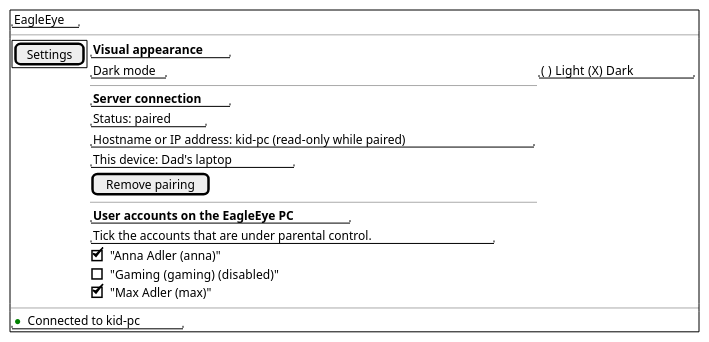
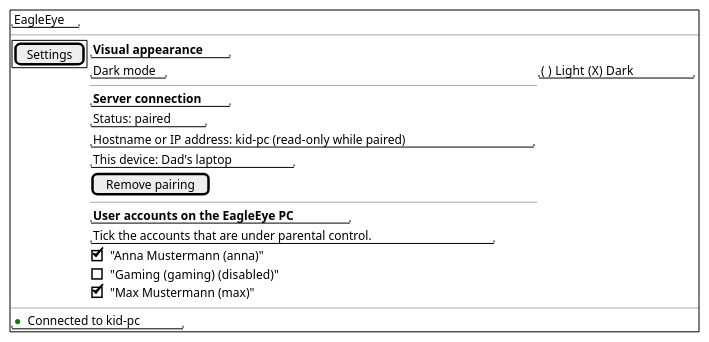
Before and after one commit to adlemich/EagleEye: the first of 3 diagrams in 02_Implementation/docs/requirements/user-stories/US-003/user-story.md, drawn with PlantUML. The commit also changed other lines of this file and 220 other files, not shown here.

````diff
--- a/02_Implementation/docs/requirements/user-stories/US-003/user-story.md
+++ b/02_Implementation/docs/requirements/user-stories/US-003/user-story.md
@@ -117,31 +117,31 @@
 ```plantuml
 @startsalt
 {+
   "EagleEye"
   ---
   {
     {+
       [Settings]
     } |
     {
       "<b>Visual appearance"
       "Dark mode" | "( ) Light  (X) Dark"
       ---
       "<b>Server connection"
       "Status: paired"
       "Hostname or IP address: kid-pc (read-only while paired)"
       "This device: Dad's laptop"
       [Remove pairing]
       ---
       "<b>User accounts on the EagleEye PC"
       "Tick the accounts that are under parental control."
-      [X] "Anna Adler (anna)"
+      [X] "Anna Mustermann (anna)"
       [ ] "Gaming (gaming)  (disabled)"
-      [X] "Max Adler (max)"
+      [X] "Max Mustermann (max)"
     }
   }
   ---
   "<color:green>●</color> Connected to kid-pc"
 }
 @endsalt
 ```
````
